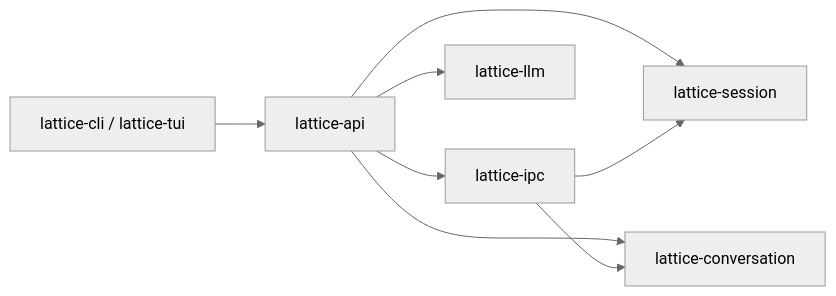
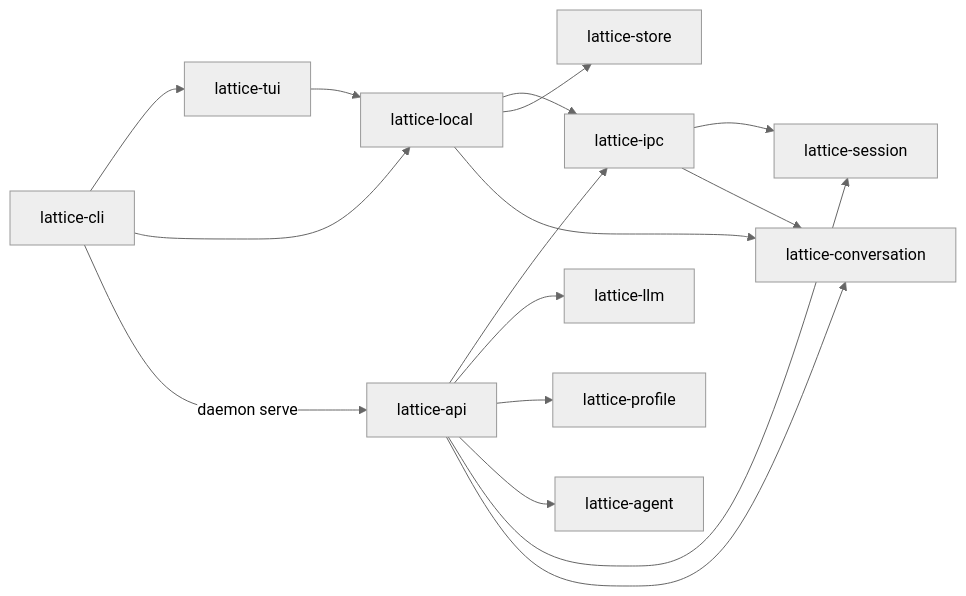
The diagram in docs/architecture/crates.md (Skyline10124/lattice), drawn with Mermaid (neutral theme) before and after one commit. The commit also changed other lines of this file and 85 other files, not shown here.

First line of the commit message:
refactor(local): 提取 lattice-local，CLI 与 TUI 改用它 (#407)

````diff
--- a/docs/architecture/crates.md
+++ b/docs/architecture/crates.md
@@ -15,10 +15,18 @@
 ```mermaid
 flowchart LR
-    CLI["lattice-cli / lattice-tui"] --> API["lattice-api"]
-    API --> IPC["lattice-ipc"]
+    CLI["lattice-cli"] --> TUI["lattice-tui"]
+    CLI --> LOCAL["lattice-local"]
+    CLI -->|daemon serve| API["lattice-api"]
+    TUI --> LOCAL
+    LOCAL --> IPC["lattice-ipc"]
+    LOCAL --> STORE["lattice-store"]
+    LOCAL --> CONV["lattice-conversation"]
+    API --> IPC
     API --> LLM["lattice-llm"]
+    API --> PROFILE["lattice-profile"]
+    API --> AGENT["lattice-agent"]
     API --> SESSION["lattice-session"]
-    API --> CONV["lattice-conversation"]
+    API --> CONV
     IPC --> SESSION
     IPC --> CONV
 ```
````
